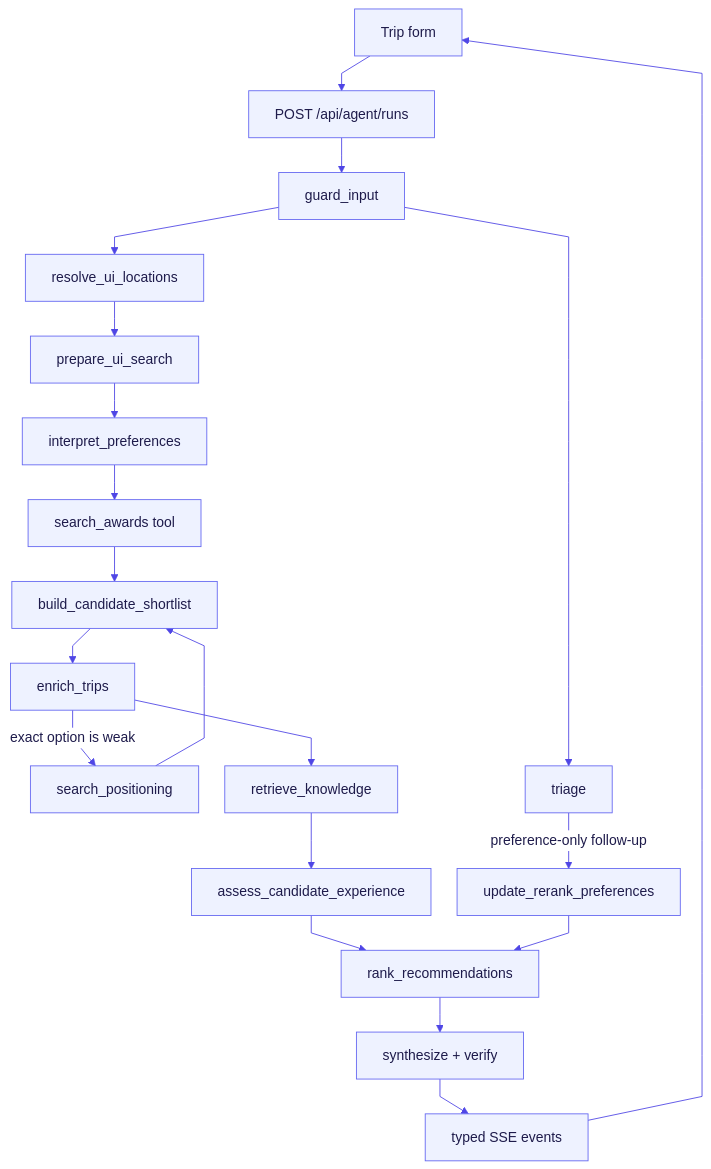
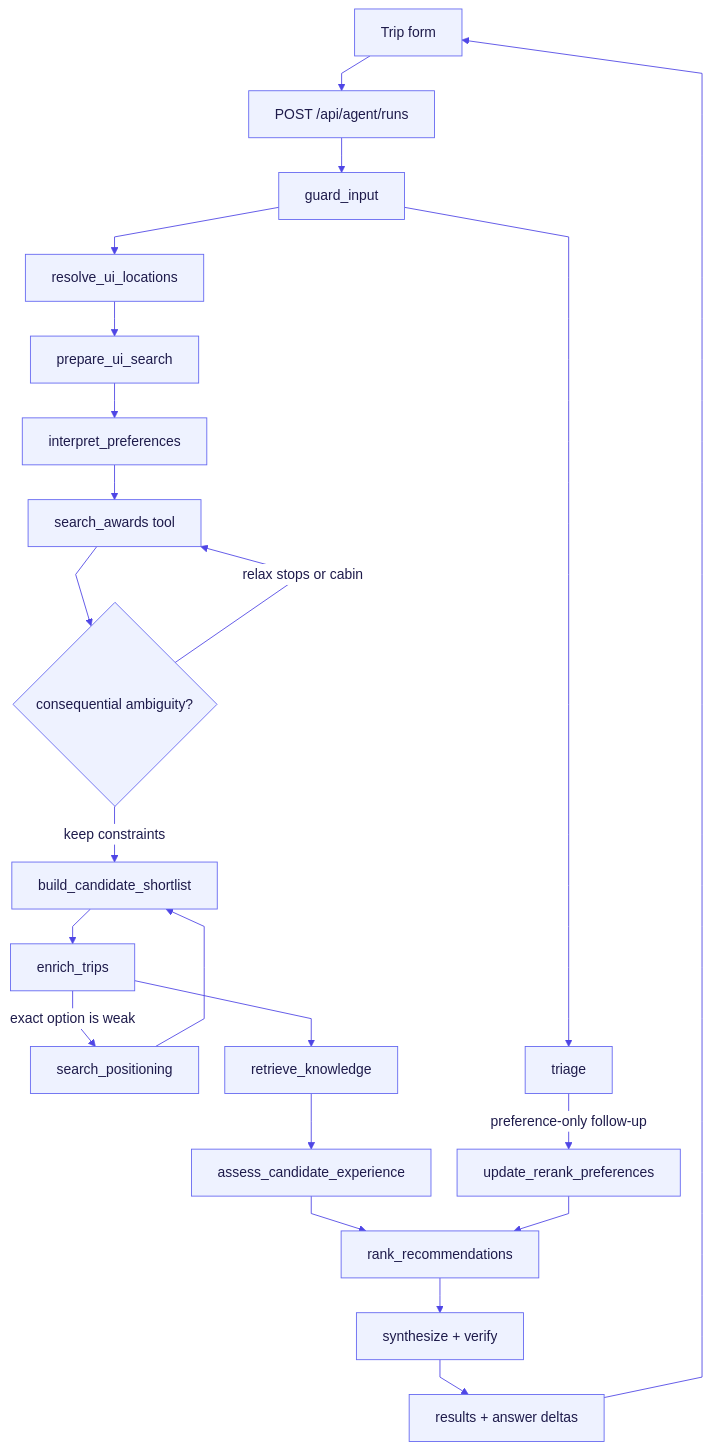
One commit to david-vest/award-travel-agent changed the diagram in README.md. Above: the diagram before and after it, drawn with Mermaid. The commit also changed other lines of this file and 26 other files, not shown here.

Commit message:
feat: implement agent clarification flow and user feedback collection system

````diff
--- a/README.md
+++ b/README.md
@@ -44,39 +44,41 @@
 ```mermaid
 %%{init: {
   'theme': 'base',
   'themeVariables': {
     'primaryColor': '#eef2ff',
     'primaryTextColor': '#1e1b4b',
     'primaryBorderColor': '#6366f1',
     'lineColor': '#4f46e5',
     'textColor': '#1e1b4b',
     'edgeLabelBackground': '#ffffff',
     'fontSize': '16px'
   },
   'flowchart': {
     'nodeSpacing': 30,
     'rankSpacing': 40,
     'curve': 'linear'
   }
 }}%%
 flowchart TD
   UI["Trip form"] --> API["POST /api/agent/runs"]
   API --> Guard["guard_input"]
   Guard --> Resolve["resolve_ui_locations"]
   Resolve --> Form["prepare_ui_search"]
   Form --> Preferences["interpret_preferences"]
   Preferences --> Search["search_awards tool"]
-  Search --> Shortlist["build_candidate_shortlist"]
+  Search --> Clarify{"consequential ambiguity?"}
+  Clarify -->|"relax stops or cabin"| Search
+  Clarify -->|"keep constraints"| Shortlist["build_candidate_shortlist"]
   Shortlist --> Enrich["enrich_trips"]
   Enrich -->|"exact option is weak"| Position["search_positioning"]
   Position --> Shortlist
   Enrich --> RAG["retrieve_knowledge"]
   RAG --> Assess["assess_candidate_experience"]
   Assess --> Rank["rank_recommendations"]
   Guard --> Triage["triage"]
   Triage -->|"preference-only follow-up"| Rerank["update_rerank_preferences"]
   Rerank --> Rank
   Rank --> Synthesize["synthesize + verify"]
-  Synthesize --> SSE["typed SSE events"]
+  Synthesize --> SSE["results + answer deltas"]
   SSE --> UI
 ```
````
